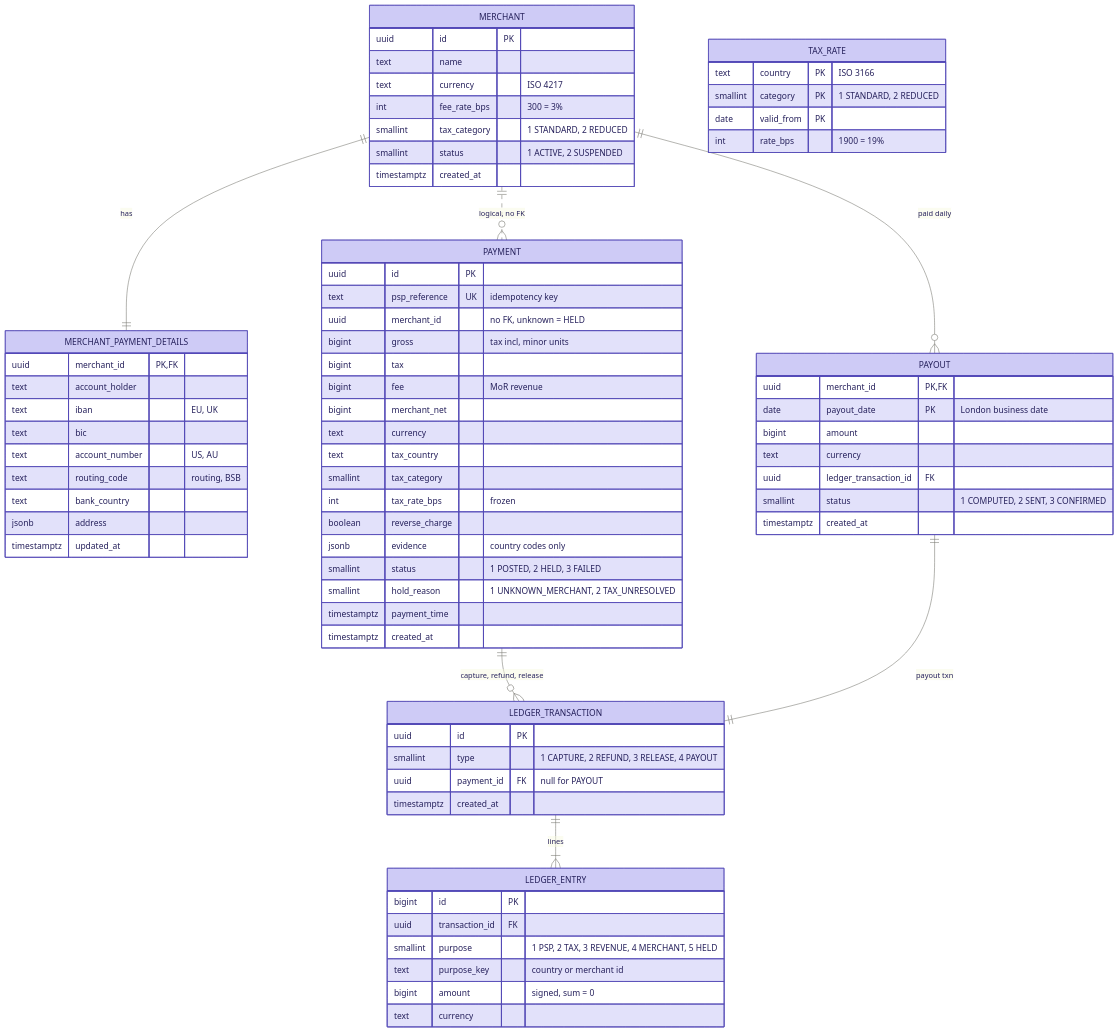
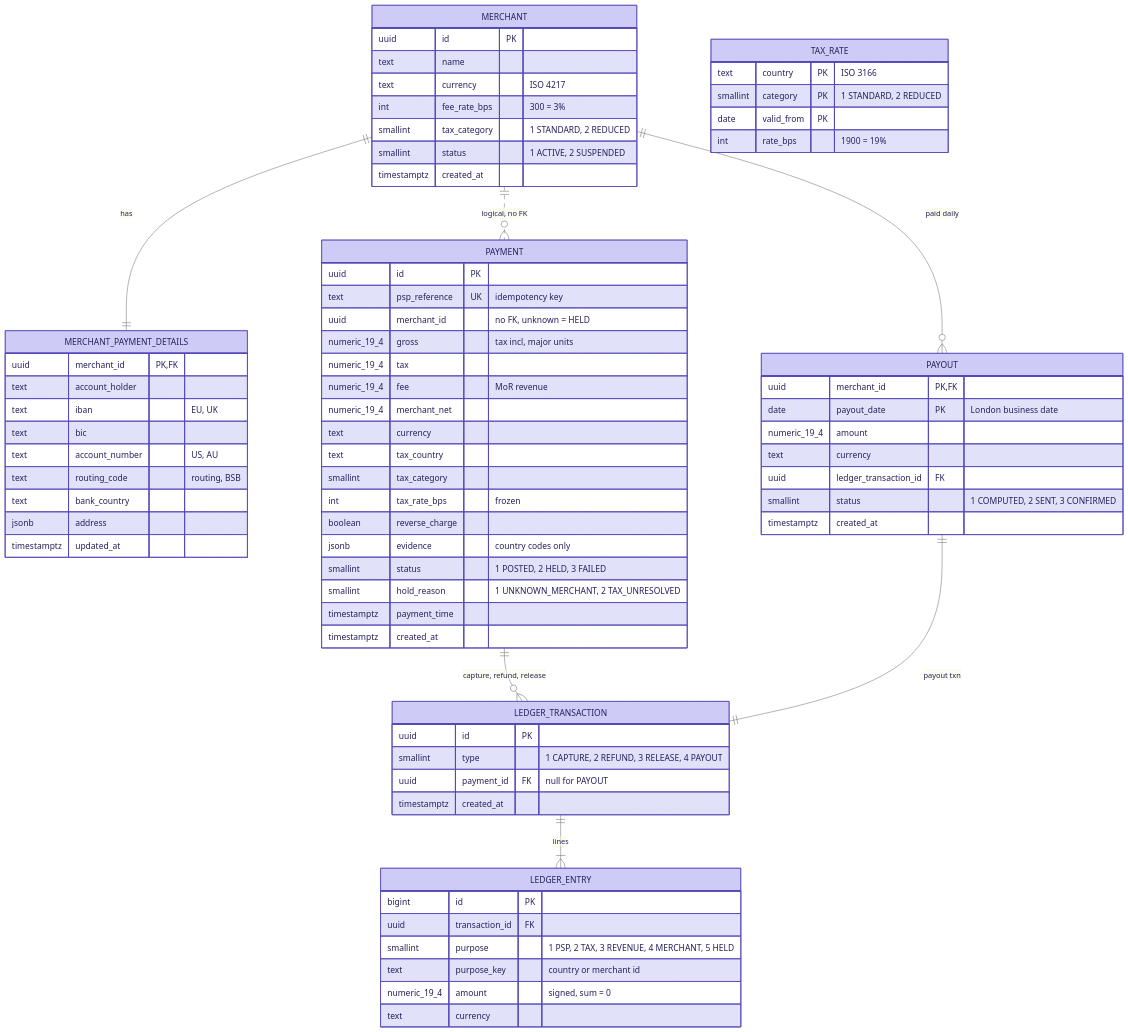
The fourth of 4 diagrams in README.md (Pixhunter/Ledger), drawn with Mermaid before and after one commit. The commit also changed other lines of this file and 33 other files, not shown here.

````diff
--- a/README.md
+++ b/README.md
@@ -217,82 +220,82 @@
 ```mermaid
 %%{init: {"theme": "base", "themeVariables": {
   "primaryColor": "#CECBF6", "primaryTextColor": "#26215C",
   "primaryBorderColor": "#534AB7", "lineColor": "#73726c",
   "attributeBackgroundColorOdd": "#FFFFFF",
   "attributeBackgroundColorEven": "#F1EFE8"}}}%%
 erDiagram
   MERCHANT ||--|| MERCHANT_PAYMENT_DETAILS : has
   MERCHANT ||..o{ PAYMENT : "logical, no FK"
   PAYMENT ||--o{ LEDGER_TRANSACTION : "capture, refund, release"
   LEDGER_TRANSACTION ||--|{ LEDGER_ENTRY : lines
   MERCHANT ||--o{ PAYOUT : "paid daily"
   PAYOUT ||--|| LEDGER_TRANSACTION : "payout txn"
   MERCHANT {
     uuid id PK
     text name
     text currency "ISO 4217"
     int fee_rate_bps "300 = 3%"
     smallint tax_category "1 STANDARD, 2 REDUCED"
     smallint status "1 ACTIVE, 2 SUSPENDED"
     timestamptz created_at
   }
   MERCHANT_PAYMENT_DETAILS {
     uuid merchant_id PK,FK
     text account_holder
     text iban "EU, UK"
     text bic
     text account_number "US, AU"
     text routing_code "routing, BSB"
     text bank_country
     jsonb address
     timestamptz updated_at
   }
   TAX_RATE {
     text country PK "ISO 3166"
     smallint category PK "1 STANDARD, 2 REDUCED"
     date valid_from PK
     int rate_bps "1900 = 19%"
   }
   PAYMENT {
     uuid id PK
     text psp_reference UK "idempotency key"
     uuid merchant_id "no FK, unknown = HELD"
-    bigint gross "tax incl, minor units"
-    bigint tax
-    bigint fee "MoR revenue"
-    bigint merchant_net
+    numeric_19_4 gross "tax incl, major units"
+    numeric_19_4 tax
+    numeric_19_4 fee "MoR revenue"
+    numeric_19_4 merchant_net
     text currency
     text tax_country
     smallint tax_category
     int tax_rate_bps "frozen"
     boolean reverse_charge
     jsonb evidence "country codes only"
     smallint status "1 POSTED, 2 HELD, 3 FAILED"
     smallint hold_reason "1 UNKNOWN_MERCHANT, 2 TAX_UNRESOLVED"
     timestamptz payment_time
     timestamptz created_at
   }
   LEDGER_TRANSACTION {
     uuid id PK
     smallint type "1 CAPTURE, 2 REFUND, 3 RELEASE, 4 PAYOUT"
     uuid payment_id FK "null for PAYOUT"
     timestamptz created_at
   }
   LEDGER_ENTRY {
     bigint id PK
     uuid transaction_id FK
     smallint purpose "1 PSP, 2 TAX, 3 REVENUE, 4 MERCHANT, 5 HELD"
     text purpose_key "country or merchant id"
-    bigint amount "signed, sum = 0"
+    numeric_19_4 amount "signed, sum = 0"
     text currency
   }
   PAYOUT {
     uuid merchant_id PK,FK
     date payout_date PK "London business date"
-    bigint amount
+    numeric_19_4 amount
     text currency
     uuid ledger_transaction_id FK
     smallint status "1 COMPUTED, 2 SENT, 3 CONFIRMED"
     timestamptz created_at
   }
 ```
````
